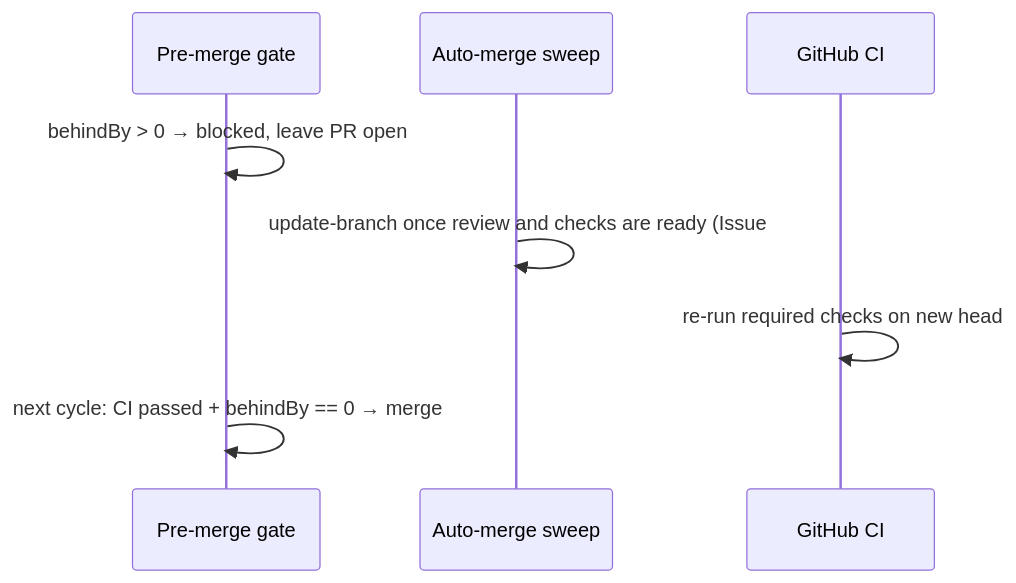
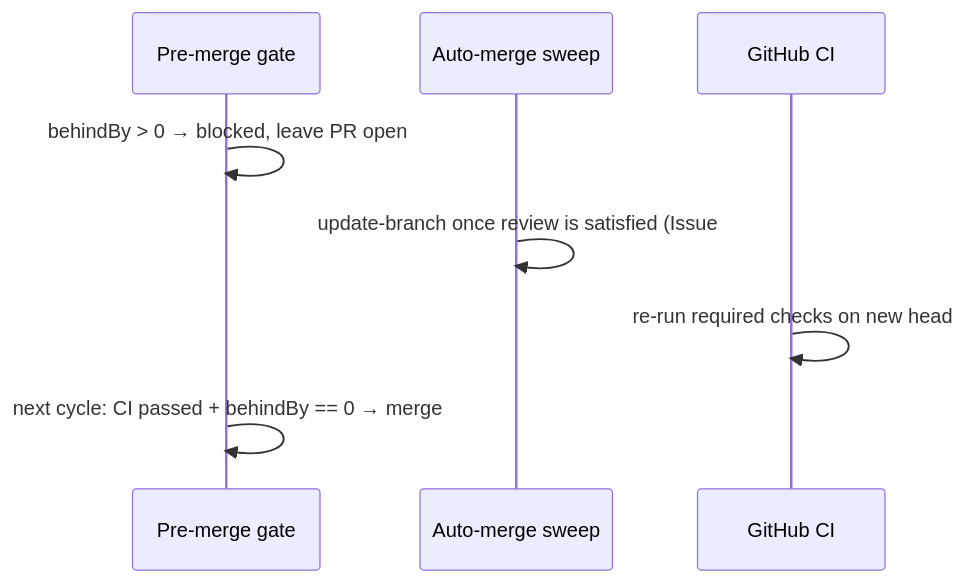
The eighth of 12 diagrams in docs/MERGE.md (stSoftwareAU/VibeCoder), drawn with Mermaid before and after one commit. The commit also changed other lines of this file and 6 other files, not shown here.

````diff
--- a/docs/MERGE.md
+++ b/docs/MERGE.md
@@ -682,10 +684,10 @@
 ```mermaid
 sequenceDiagram
     participant G as Pre-merge gate
     participant M as Auto-merge sweep
     participant CI as GitHub CI
     G->>G: behindBy > 0 → blocked, leave PR open
-    M->>M: update-branch once review and checks are ready (Issue #4613)
+    M->>M: update-branch once review is satisfied (Issue #4613)
     CI->>CI: re-run required checks on new head
     G->>G: next cycle: CI passed + behindBy == 0 → merge
 ```
````
